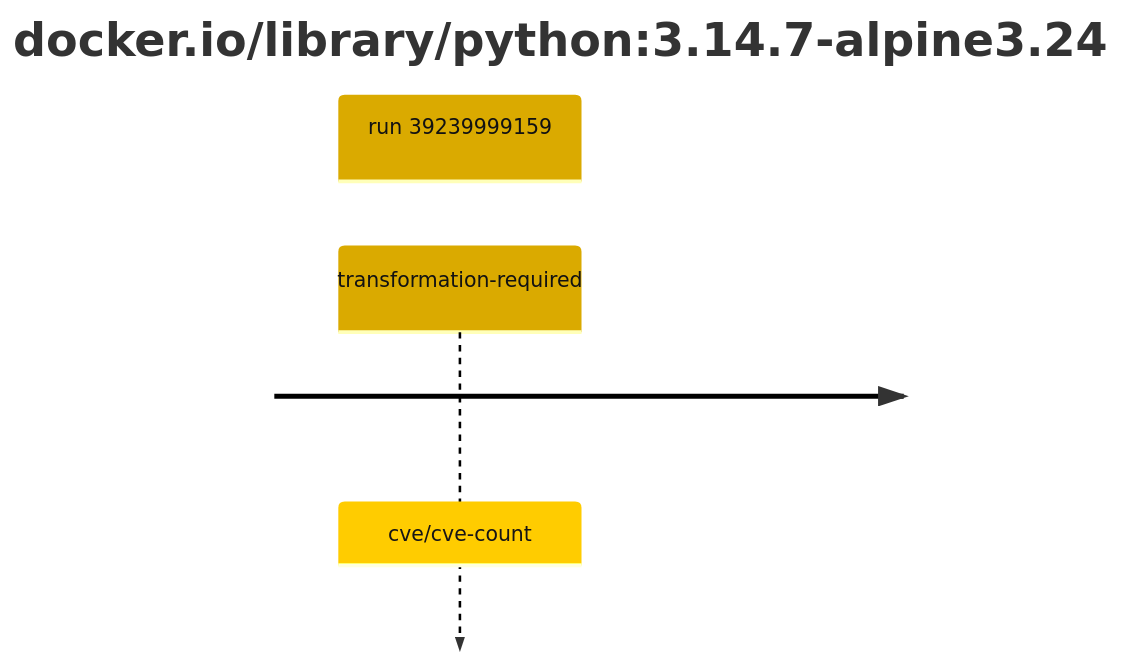
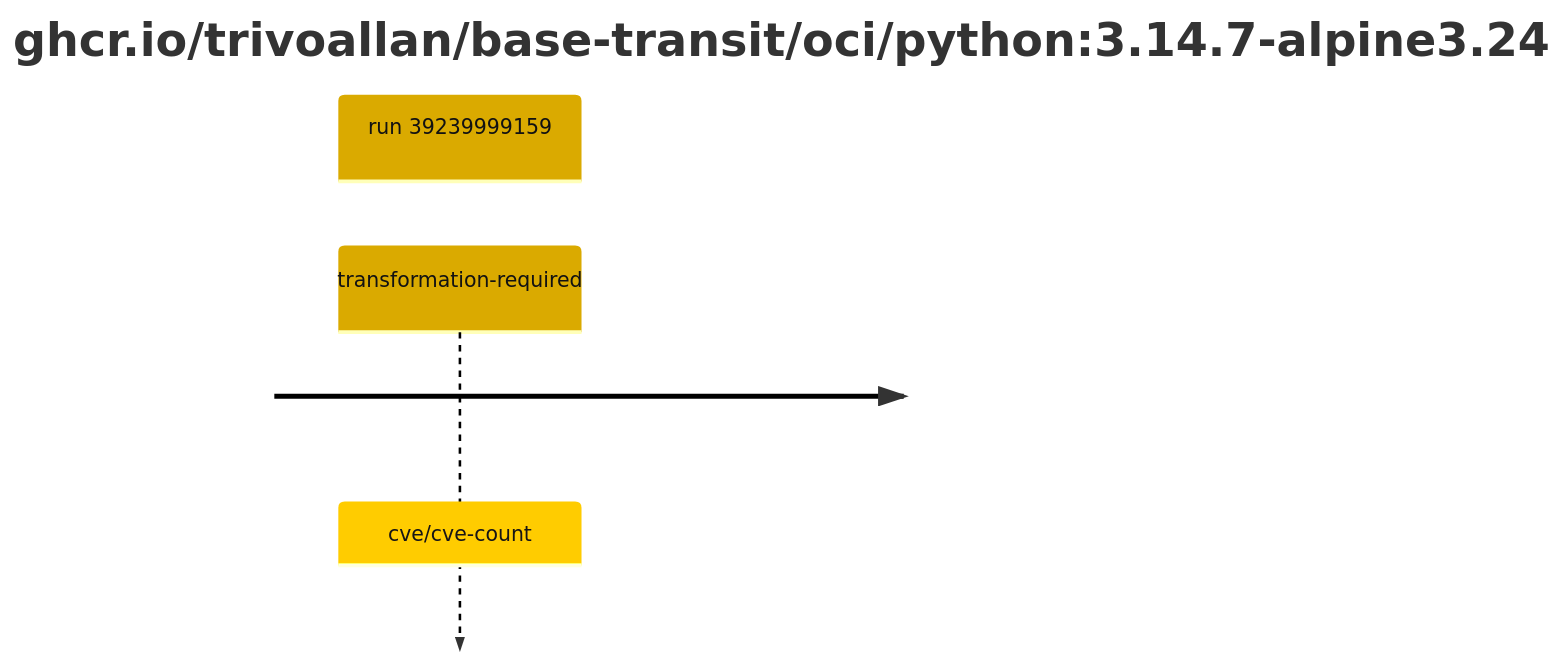
One commit to trivoallan/base-images changed the second of 2 diagrams in results/reports/python-3/sha256:9e9fde4d32eedce0b661d9ab91e826b62dddf28e928c230ec55f1866cac66b01/39239999159-1.md. Above: the diagram before and after it, drawn with Mermaid. The commit also changed other lines of this file and 7 other files, not shown here.

````diff
--- a/results/reports/python-3/sha256:9e9fde4d32eedce0b661d9ab91e826b62dddf28e928c230ec55f1866cac66b01/39239999159-1.md
+++ b/results/reports/python-3/sha256:9e9fde4d32eedce0b661d9ab91e826b62dddf28e928c230ec55f1866cac66b01/39239999159-1.md
@@ -5,7 +24,7 @@
 ```mermaid
 %%{init: {"theme": "default", "themeVariables": {"cScale0": "#daaa00", "cScaleLabel0": "#121212"}}}%%
 timeline
-    title docker.io/library/python#58;3.14.7-alpine3.24
+    title ghcr.io/trivoallan/base-transit/oci/python#58;3.14.7-alpine3.24
     section run 39239999159
         transformation-required : cve/cve-count
 ```
````
